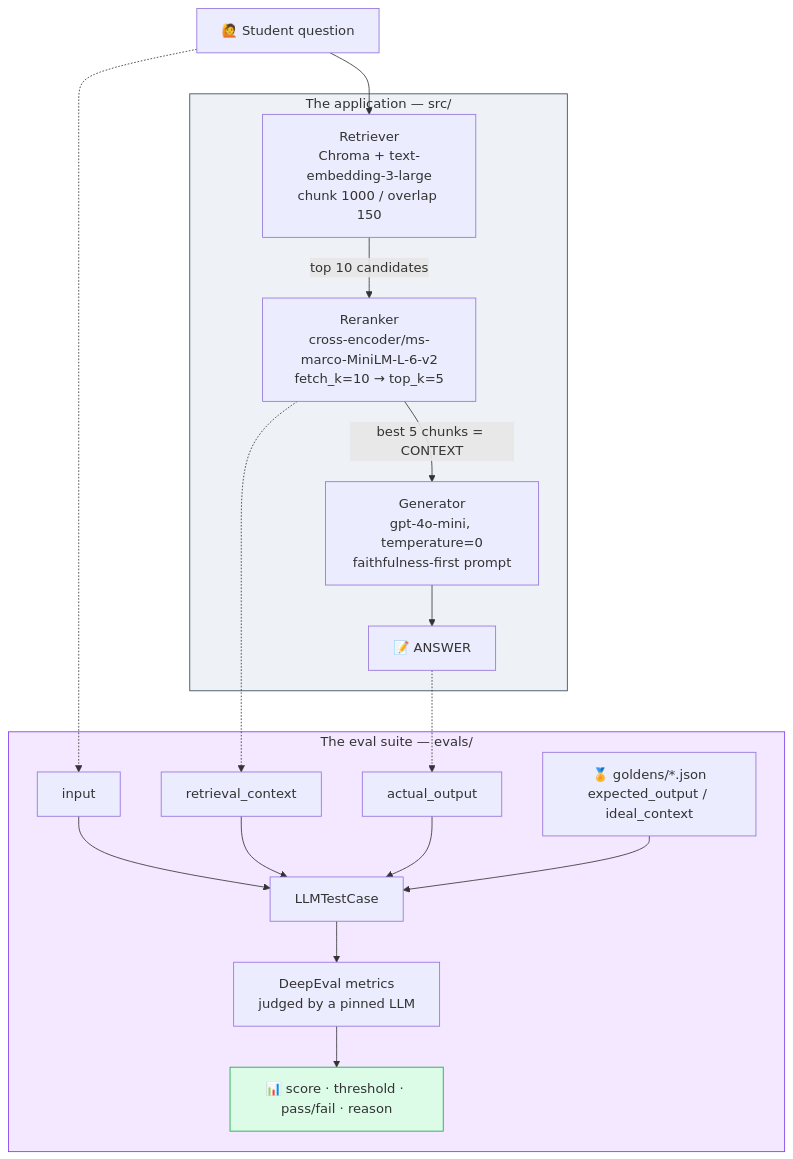
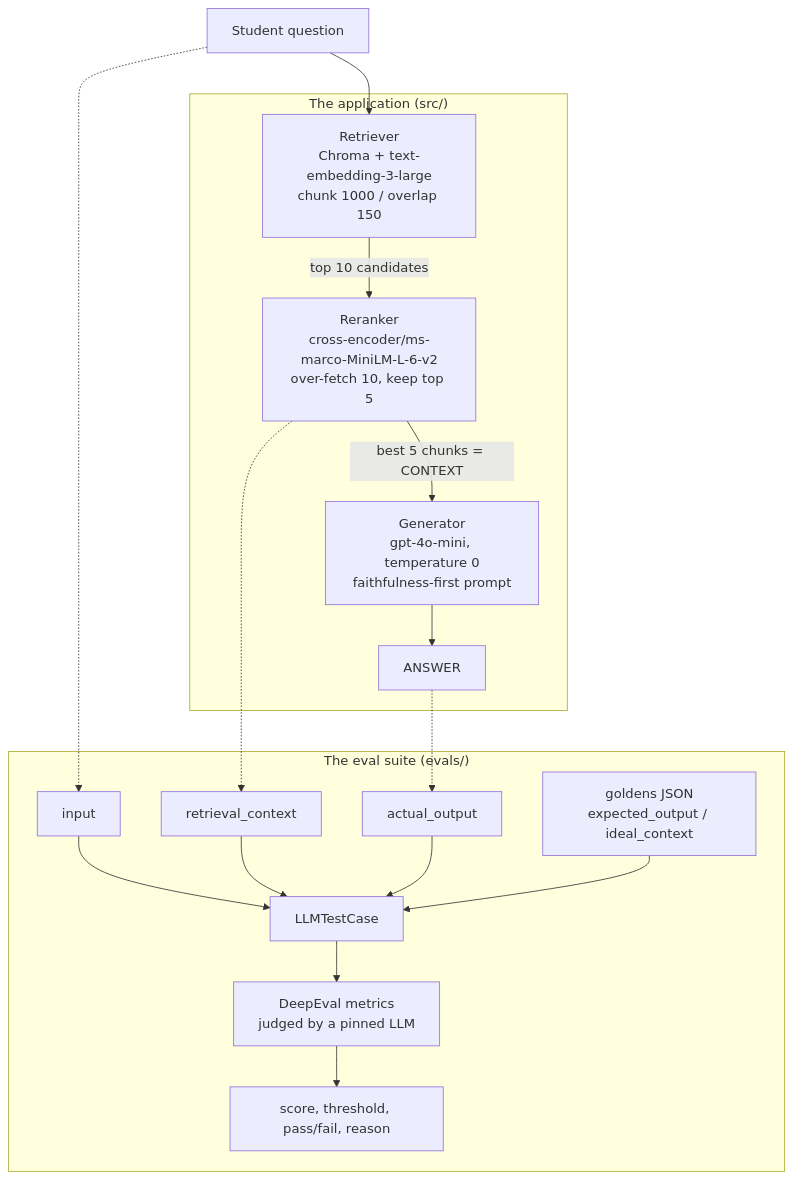
One commit to GenAIwithMS/rag-eval-deepeval changed the first of 4 diagrams in README.md. Above: the diagram before and after it, drawn with Mermaid. The commit also changed other lines of this file, not shown here.

````diff
--- a/README.md
+++ b/README.md
@@ -99,35 +99,31 @@
 ```mermaid
 flowchart TD
-    Q["🙋 Student question"] --> R
+    Q["Student question"] --> R
 
-    subgraph APP["The application — src/"]
+    subgraph APP["The application (src/)"]
         R["Retriever<br/>Chroma + text-embedding-3-large<br/>chunk 1000 / overlap 150"]
-        RR["Reranker<br/>cross-encoder/ms-marco-MiniLM-L-6-v2<br/>fetch_k=10 → top_k=5"]
-        G["Generator<br/>gpt-4o-mini, temperature=0<br/>faithfulness-first prompt"]
-        R -- "top 10 candidates" --> RR
-        RR -- "best 5 chunks = CONTEXT" --> G
-        G --> A["📝 ANSWER"]
+        RR["Reranker<br/>cross-encoder/ms-marco-MiniLM-L-6-v2<br/>over-fetch 10, keep top 5"]
+        G["Generator<br/>gpt-4o-mini, temperature 0<br/>faithfulness-first prompt"]
+        R -->|"top 10 candidates"| RR
+        RR -->|"best 5 chunks = CONTEXT"| G
+        G --> A["ANSWER"]
     end
 
-    subgraph EV["The eval suite — evals/"]
+    subgraph EV["The eval suite (evals/)"]
         IN["input"]
         CTX["retrieval_context"]
         OUT["actual_output"]
-        GOLD["🏅 goldens/*.json<br/>expected_output / ideal_context"]
+        GOLD["goldens JSON<br/>expected_output / ideal_context"]
         TC["LLMTestCase"]
         IN --> TC
         CTX --> TC
         OUT --> TC
         GOLD --> TC
         TC --> M["DeepEval metrics<br/>judged by a pinned LLM"]
-        M --> S["📊 score · threshold · pass/fail · reason"]
+        M --> S["score, threshold, pass/fail, reason"]
     end
 
     Q -.-> IN
     RR -.-> CTX
     A -.-> OUT
-
-    style APP fill:#eef2f7,stroke:#334155
-    style EV fill:#f3e8ff,stroke:#7c3aed
-    style S fill:#dcfce7,stroke:#16a34a
 ```
````
